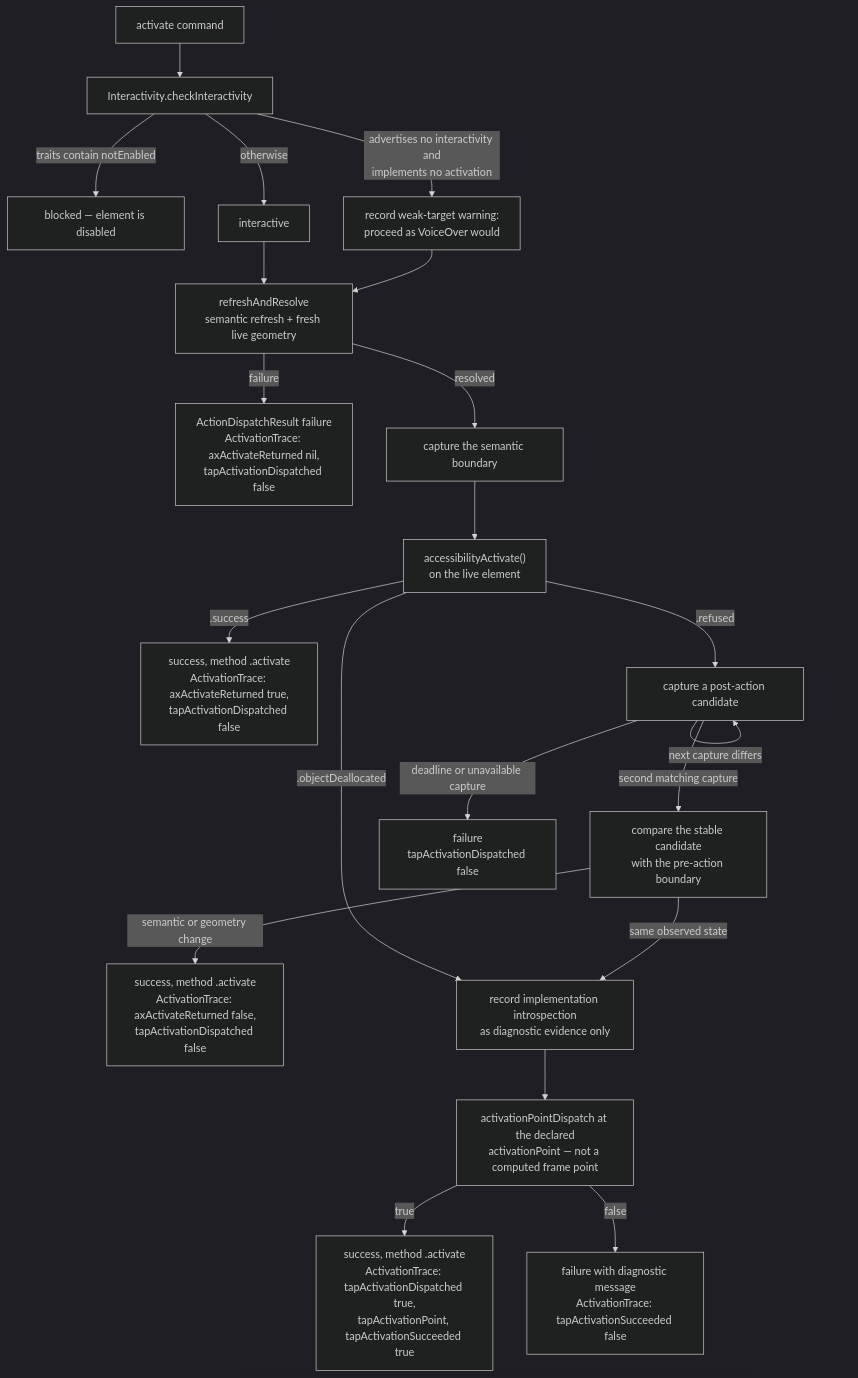
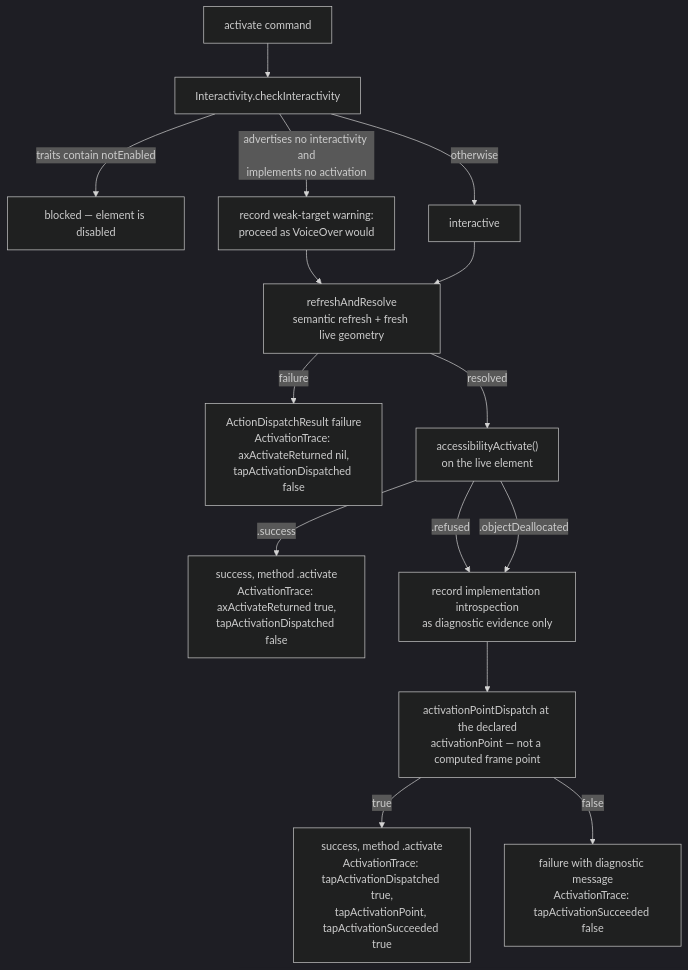
One commit to RoyalPineapple/TheButtonHeist changed the diagram in docs/diagrams/activation-policy.md. Above: the diagram before and after it, drawn with Mermaid (dark theme). The commit also changed other lines of this file and 16 other files, not shown here.

````diff
--- a/docs/diagrams/activation-policy.md
+++ b/docs/diagrams/activation-policy.md
@@ -8,23 +8,17 @@
 ```mermaid
 flowchart TD
     START["activate command"] --> CHECK["Interactivity.checkInteractivity"]
     CHECK -- "traits contain notEnabled" --> BLOCKED["blocked — element is disabled"]
     CHECK -- "advertises no interactivity and<br/>implements no activation" --> WARN["record weak-target warning:<br/>proceed as VoiceOver would"]
     CHECK -- "otherwise" --> PROCEED["interactive"]
     WARN --> REFRESH
     PROCEED --> REFRESH["refreshAndResolve<br/>semantic refresh + fresh live geometry"]
     REFRESH -- "failure" --> FAIL1["ActionDispatchResult failure<br/>ActivationTrace: axActivateReturned nil,<br/>tapActivationDispatched false"]
-    REFRESH -- "resolved" --> BOUNDARY["capture the semantic boundary"]
-    BOUNDARY --> AXACT["accessibilityActivate()<br/>on the live element"]
+    REFRESH -- "resolved" --> AXACT["accessibilityActivate()<br/>on the live element"]
     AXACT -- ".success" --> OK1["success, method .activate<br/>ActivationTrace: axActivateReturned true,<br/>tapActivationDispatched false"]
-    AXACT -- ".refused" --> OBSERVE["capture a post-action candidate"]
-    OBSERVE -- "next capture differs" --> OBSERVE
-    OBSERVE -- "second matching capture" --> COMPARE["compare the stable candidate<br/>with the pre-action boundary"]
-    COMPARE -- "semantic or geometry change" --> OKFALSE["success, method .activate<br/>ActivationTrace: axActivateReturned false,<br/>tapActivationDispatched false"]
-    COMPARE -- "same observed state" --> DIAG["record implementation introspection<br/>as diagnostic evidence only"]
-    OBSERVE -- "deadline or unavailable capture" --> FAILQUIET["failure<br/>tapActivationDispatched false"]
+    AXACT -- ".refused" --> DIAG["record implementation introspection<br/>as diagnostic evidence only"]
     AXACT -- ".objectDeallocated" --> DIAG
     DIAG --> TAP["activationPointDispatch at the declared<br/>activationPoint — not a computed frame point"]
     TAP -- "true" --> OK2["success, method .activate<br/>ActivationTrace: tapActivationDispatched true,<br/>tapActivationPoint, tapActivationSucceeded true"]
     TAP -- "false" --> FAIL2["failure with diagnostic message<br/>ActivationTrace: tapActivationSucceeded false"]
 ```
````
